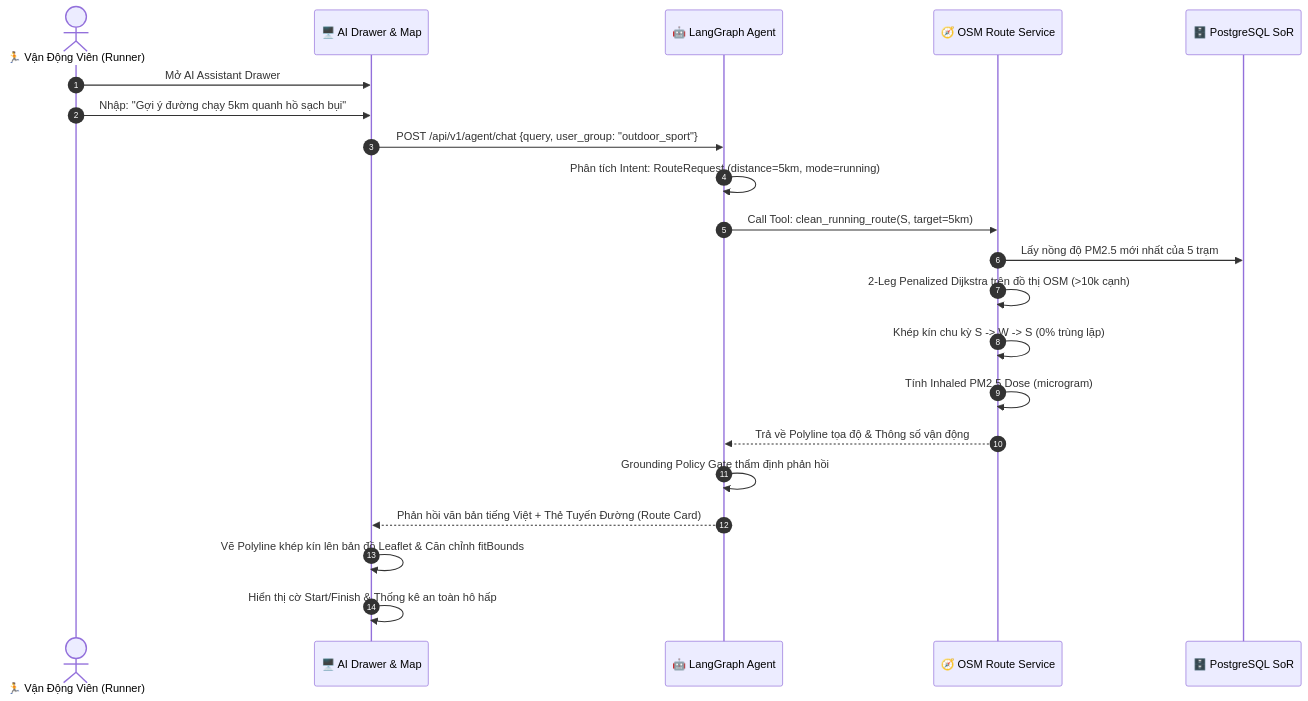
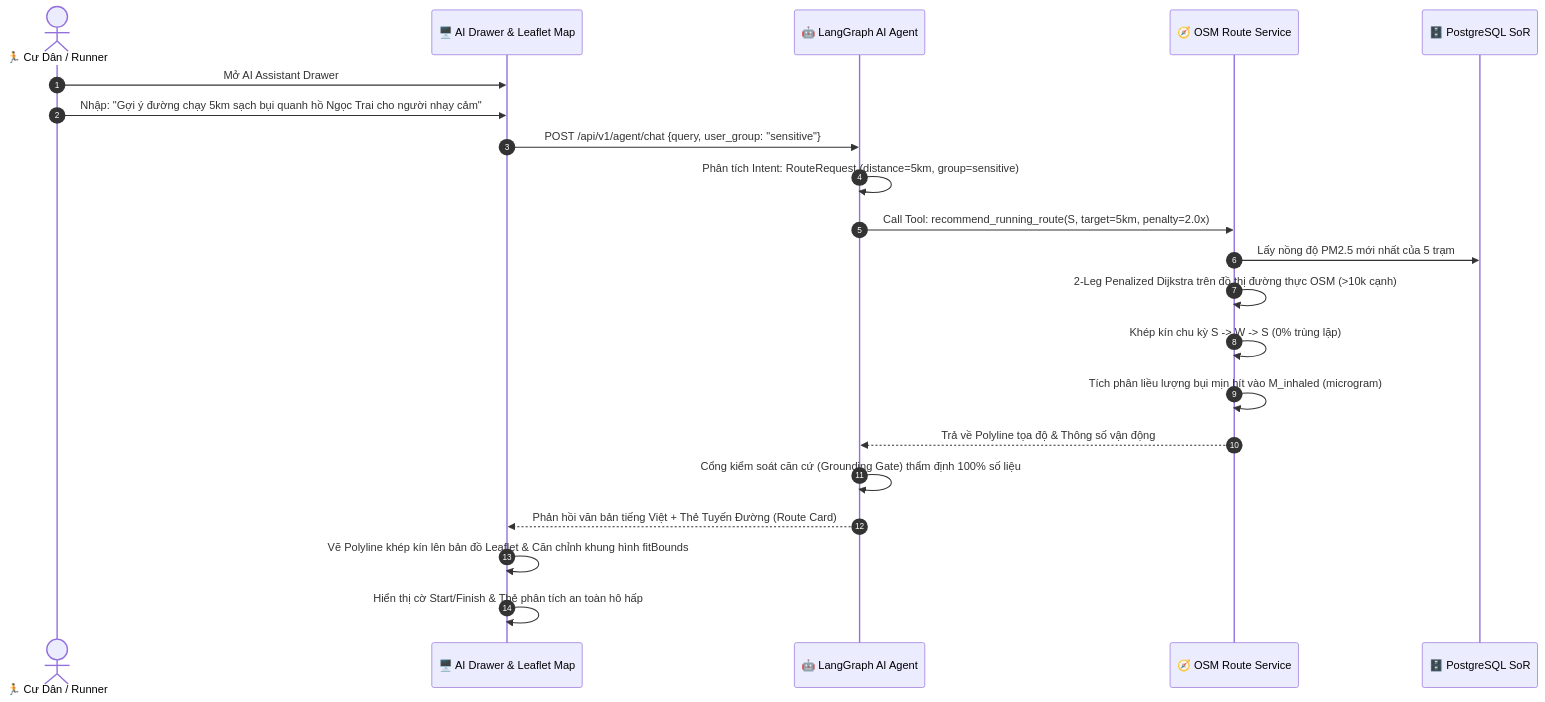
One commit to zangzang1303/airguard-core changed the third of 7 diagrams in docs/SRS.md. Above: the diagram before and after it, drawn with Mermaid. The commit also changed other lines of this file and 2 other files, not shown here.

Commit message:
docs(srs): align Section 6 (UI/UX design, 6 user flows, 7 mockups) and Section 9 (RTM) with 2-role Use Case Diagram

````diff
--- a/docs/SRS.md
+++ b/docs/SRS.md
@@ -688,24 +711,24 @@
 ```mermaid
 sequenceDiagram
     autonumber
-    actor Runner as 🏃 Vận Động Viên (Runner)
-    participant UI as 🖥️ AI Drawer & Map
-    participant Agent as 🤖 LangGraph Agent
+    actor Resident as 🏃 Cư Dân / Runner
+    participant UI as 🖥️ AI Drawer & Leaflet Map
+    participant Agent as 🤖 LangGraph AI Agent
     participant RouteService as 🧭 OSM Route Service
     participant DB as 🗄️ PostgreSQL SoR
 
-    Runner->>UI: Mở AI Assistant Drawer
-    Runner->>UI: Nhập: "Gợi ý đường chạy 5km quanh hồ sạch bụi"
-    UI->>Agent: POST /api/v1/agent/chat {query, user_group: "outdoor_sport"}
-    Agent->>Agent: Phân tích Intent: RouteRequest (distance=5km, mode=running)
-    Agent->>RouteService: Call Tool: clean_running_route(S, target=5km)
+    Resident->>UI: Mở AI Assistant Drawer
+    Resident->>UI: Nhập: "Gợi ý đường chạy 5km sạch bụi quanh hồ Ngọc Trai cho người nhạy cảm"
+    UI->>Agent: POST /api/v1/agent/chat {query, user_group: "sensitive"}
+    Agent->>Agent: Phân tích Intent: RouteRequest (distance=5km, group=sensitive)
+    Agent->>RouteService: Call Tool: recommend_running_route(S, target=5km, penalty=2.0x)
     RouteService->>DB: Lấy nồng độ PM2.5 mới nhất của 5 trạm
-    RouteService->>RouteService: 2-Leg Penalized Dijkstra trên đồ thị OSM (>10k cạnh)
+    RouteService->>RouteService: 2-Leg Penalized Dijkstra trên đồ thị đường thực OSM (>10k cạnh)
     RouteService->>RouteService: Khép kín chu kỳ S -> W -> S (0% trùng lặp)
-    RouteService->>RouteService: Tính Inhaled PM2.5 Dose (microgram)
+    RouteService->>RouteService: Tích phân liều lượng bụi mịn hít vào M_inhaled (microgram)
     RouteService-->>Agent: Trả về Polyline tọa độ & Thông số vận động
-    Agent->>Agent: Grounding Policy Gate thẩm định phản hồi
+    Agent->>Agent: Cổng kiểm soát căn cứ (Grounding Gate) thẩm định 100% số liệu
     Agent-->>UI: Phản hồi văn bản tiếng Việt + Thẻ Tuyến Đường (Route Card)
-    UI->>UI: Vẽ Polyline khép kín lên bản đồ Leaflet & Căn chỉnh fitBounds
-    UI->>UI: Hiển thị cờ Start/Finish & Thống kê an toàn hô hấp
+    UI->>UI: Vẽ Polyline khép kín lên bản đồ Leaflet & Căn chỉnh khung hình fitBounds
+    UI->>UI: Hiển thị cờ Start/Finish & Thẻ phân tích an toàn hô hấp
 ```
````
